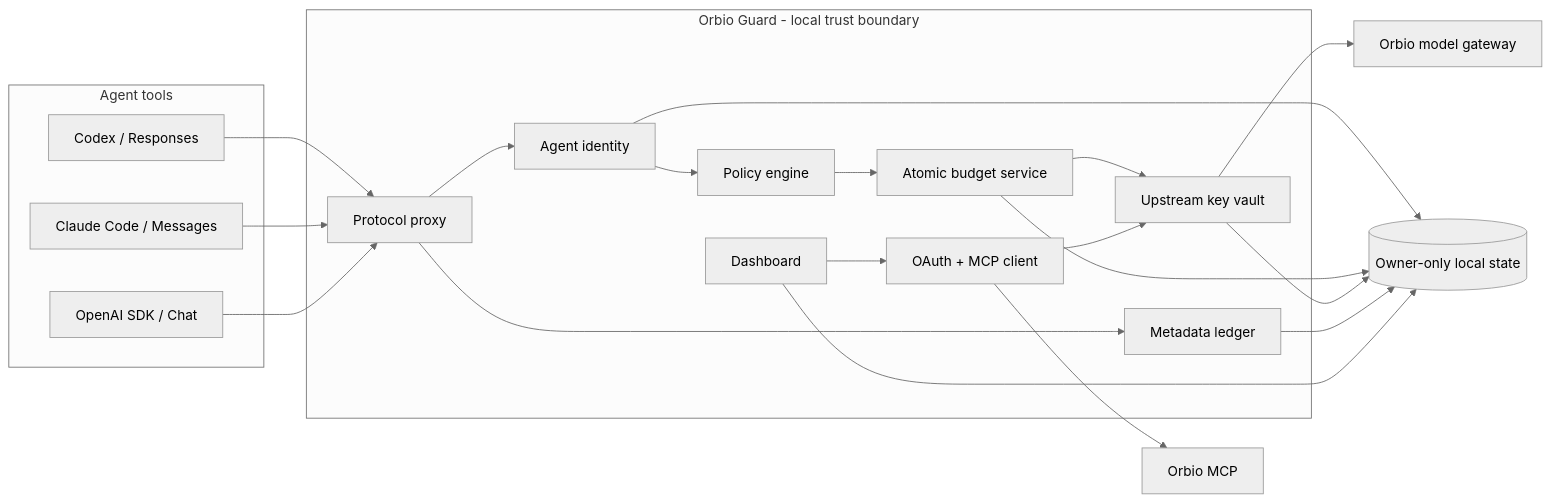
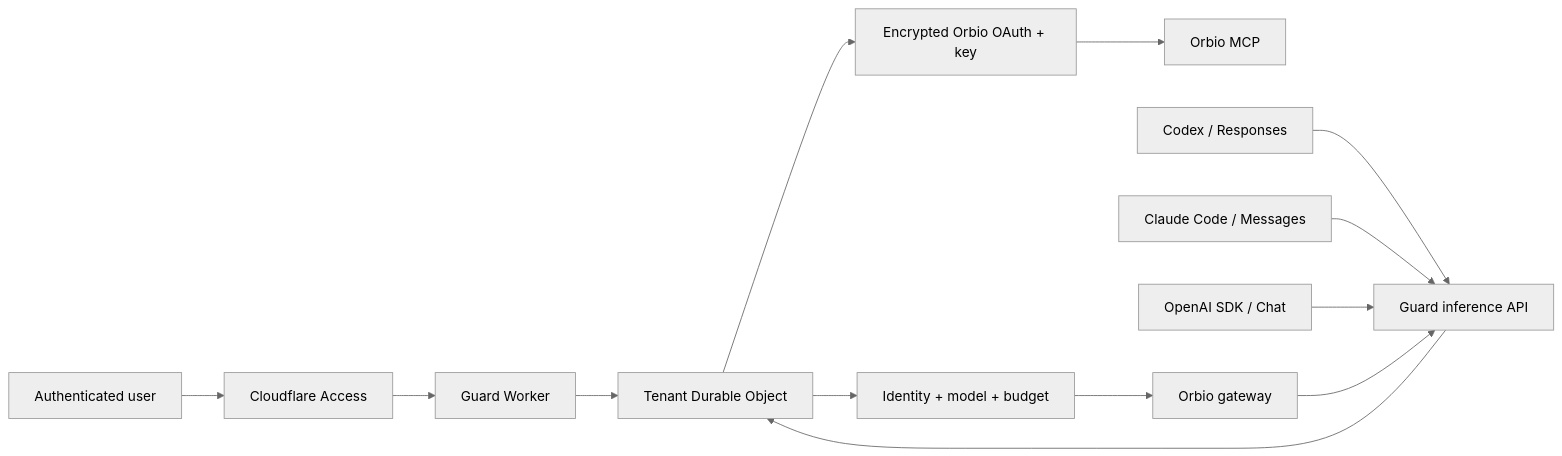
The first of 3 diagrams in 03_implementation/orbio-guard/docs/architecture.md (Jhayboo3/orbio-build), drawn with Mermaid (neutral theme) before and after one commit. The commit also changed other lines of this file and 21 other files, not shown here.

````diff
--- a/03_implementation/orbio-guard/docs/architecture.md
+++ b/03_implementation/orbio-guard/docs/architecture.md
@@ -7,37 +7,16 @@
 ```mermaid
 flowchart LR
-  subgraph Agents[Agent tools]
-    Codex[Codex / Responses]
-    Claude[Claude Code / Messages]
-    SDK[OpenAI SDK / Chat]
-  end
+  User[Authenticated user] --> Access[Cloudflare Access]
+  Access --> Worker[Guard Worker]
+  Worker --> Tenant[Tenant Durable Object]
+  Tenant --> OAuth[Encrypted Orbio OAuth + key]
+  OAuth --> MCP[Orbio MCP]
 
-  subgraph Guard[Orbio Guard - local trust boundary]
-    Proxy[Protocol proxy]
-    Identity[Agent identity]
-    Policy[Policy engine]
-    Budget[Atomic budget service]
-    Vault[Upstream key vault]
-    Ledger[Metadata ledger]
-    Dashboard[Dashboard]
-    OAuth[OAuth + MCP client]
-  end
-
-  OrbioMCP[Orbio MCP]
-  Gateway[Orbio model gateway]
-  State[(Owner-only local state)]
-
-  Codex --> Proxy
-  Claude --> Proxy
-  SDK --> Proxy
-  Proxy --> Identity --> Policy --> Budget
-  Budget --> Vault --> Gateway
-  Proxy --> Ledger
-  Identity --> State
-  Budget --> State
-  Vault --> State
-  Ledger --> State
-  Dashboard --> State
-  Dashboard --> OAuth --> OrbioMCP
-  OAuth --> Vault
+  Codex[Codex / Responses] --> API[Guard inference API]
+  Claude[Claude Code / Messages] --> API
+  SDK[OpenAI SDK / Chat] --> API
+  API --> Tenant
+  Tenant --> Policy[Identity + model + budget]
+  Policy --> Gateway[Orbio gateway]
+  Gateway --> API
 ```
````
